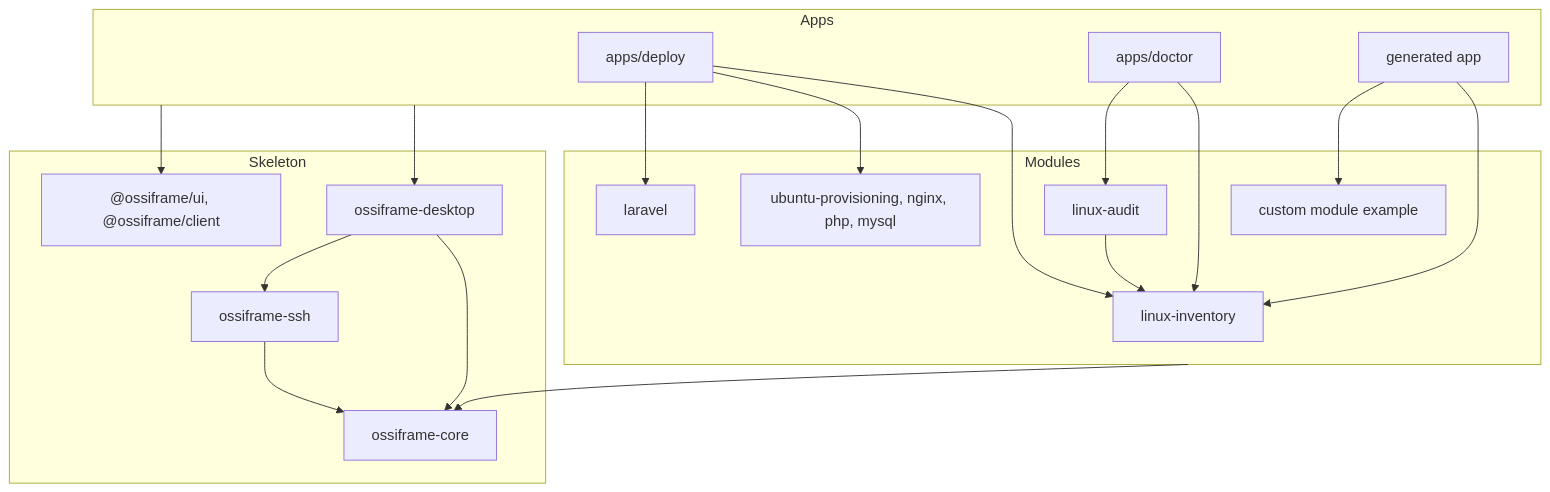
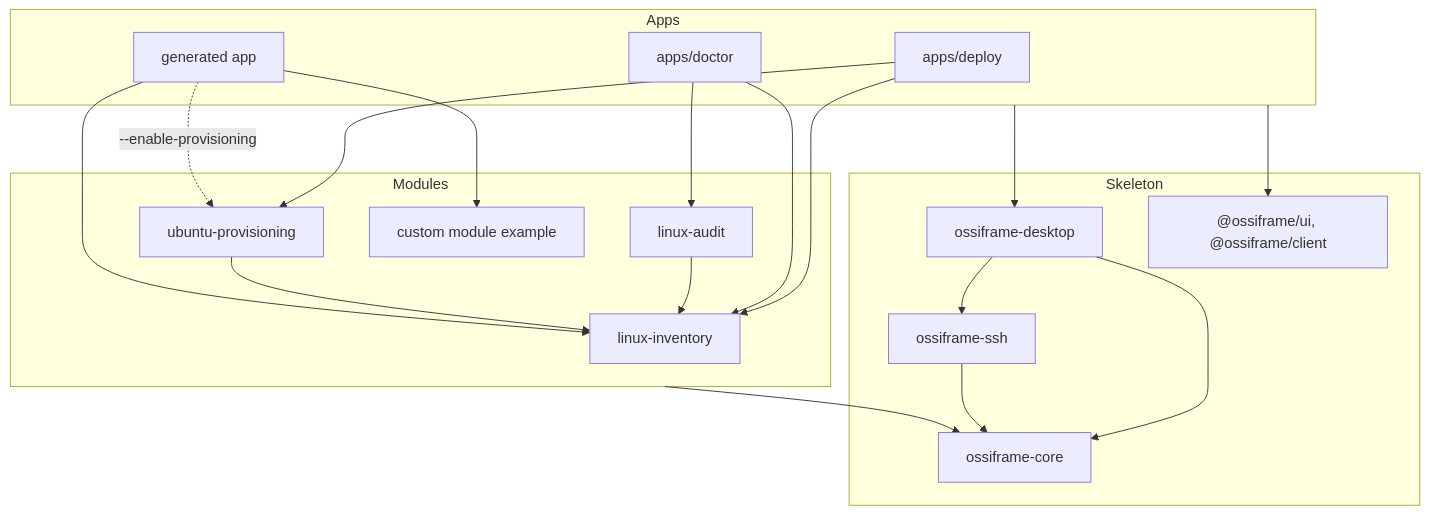
Before and after one commit to shojibur/Ossiframe: the first of 2 diagrams in docs/architecture.md, drawn with Mermaid. The commit also changed other lines of this file and 111 other files, not shown here.

````diff
--- a/docs/architecture.md
+++ b/docs/architecture.md
@@ -7,29 +7,30 @@
 ```mermaid
 flowchart TB
   subgraph Apps
     Deploy["apps/deploy"]
     Doctor["apps/doctor"]
     Gen["generated app"]
   end
   subgraph Modules
     Inv["linux-inventory"]
-    Prov["ubuntu-provisioning, nginx, php, mysql"]
-    Lar["laravel"]
+    Prov["ubuntu-provisioning"]
     Aud["linux-audit"]
     Ex["custom module example"]
   end
   subgraph Core["Skeleton"]
     C["ossiframe-core"]
     S["ossiframe-ssh"]
     D["ossiframe-desktop"]
     UI["@ossiframe/ui, @ossiframe/client"]
   end
-  Deploy --> Inv & Prov & Lar
+  Deploy --> Inv & Prov
   Doctor --> Inv & Aud
   Aud --> Inv
+  Prov --> Inv
+  Gen -. "--enable-provisioning" .-> Prov
   Gen --> Inv & Ex
   Modules --> C
   Apps --> D & UI
   D --> C & S
   S --> C
 ```
````
